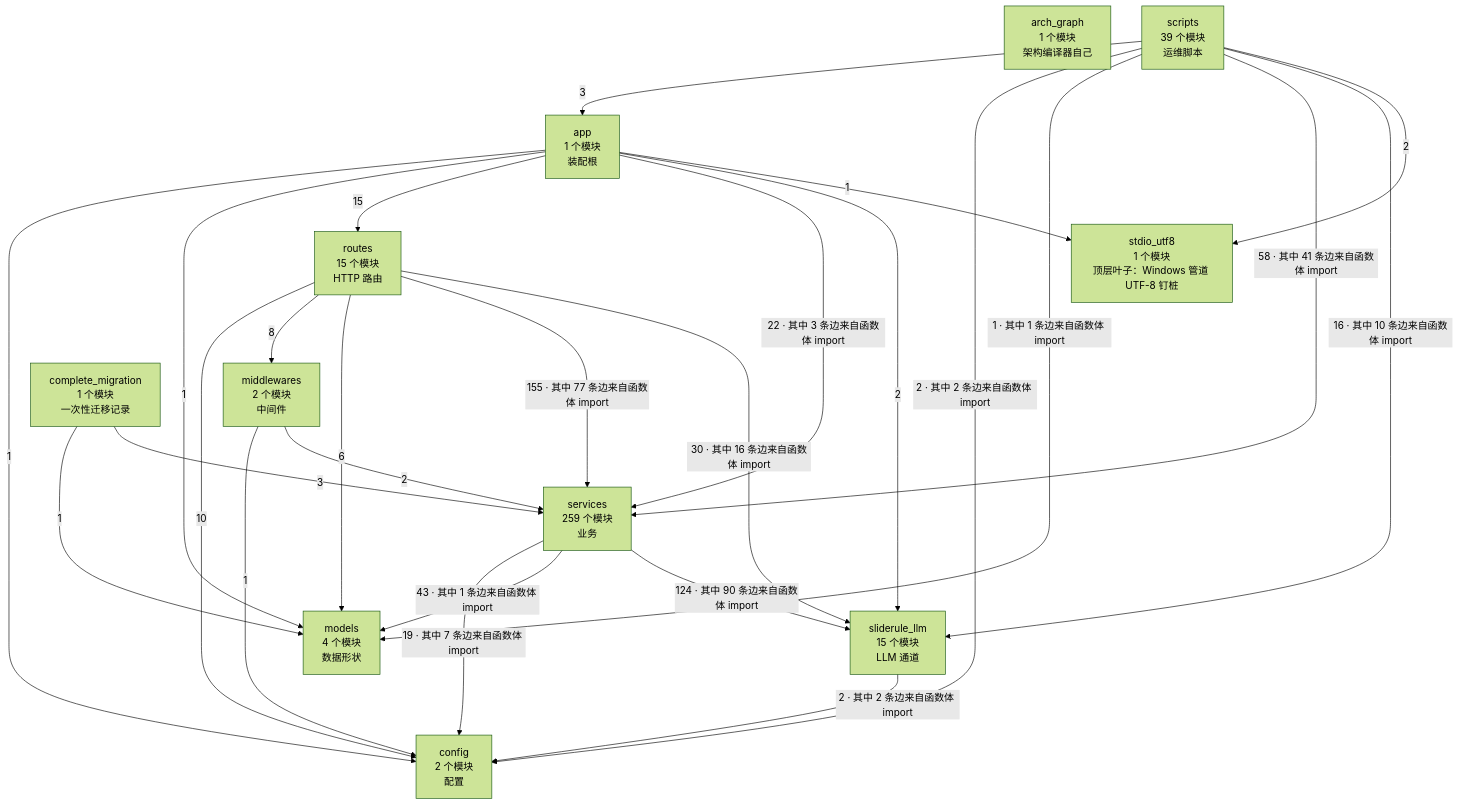
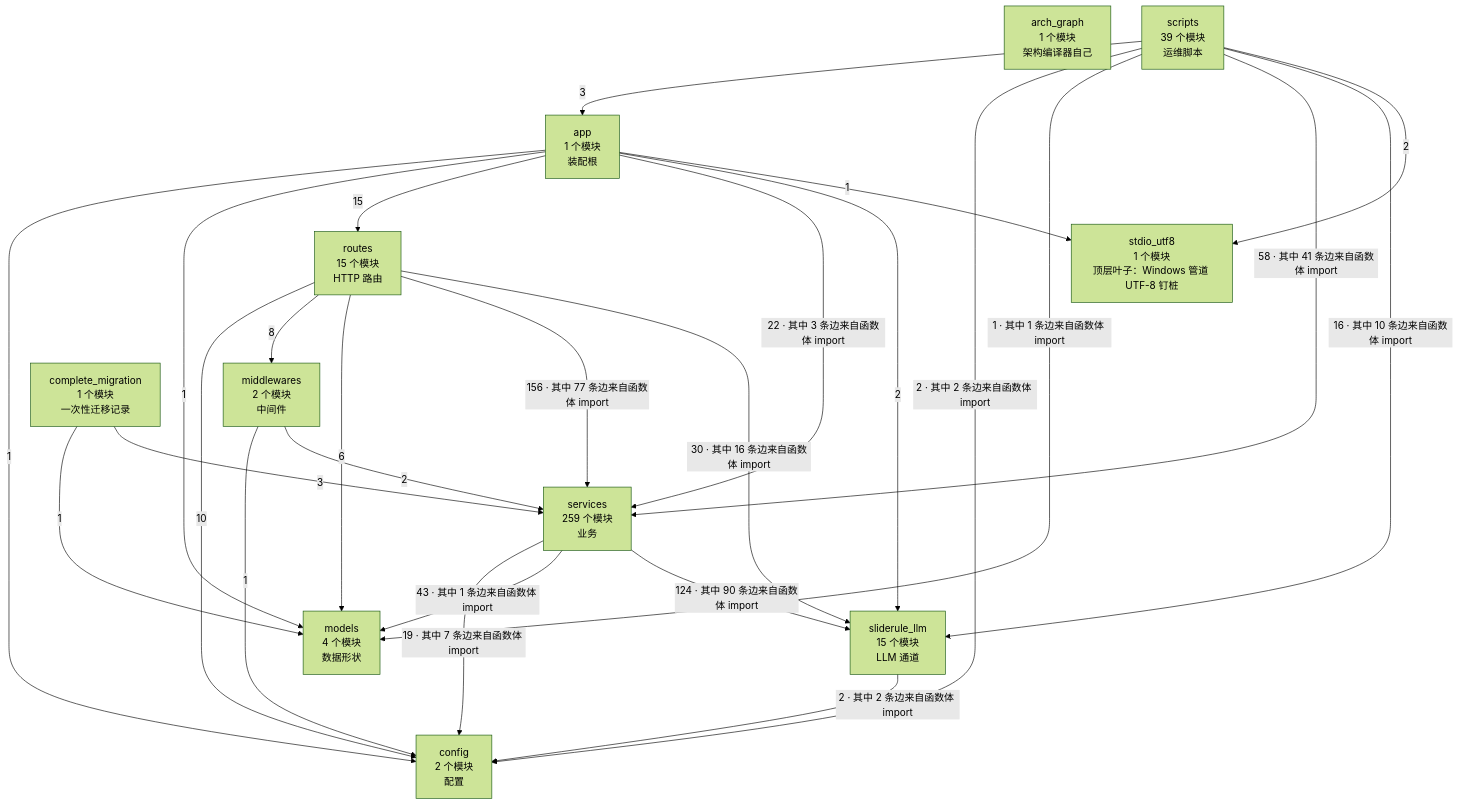
Before and after one commit to 2686521696/WhyBuddy: the second of 4 diagrams in docs/SlideRule V6.2 架构图（自动生成）.md, drawn with Mermaid (forest theme). The commit also changed other lines of this file and 4 other files, not shown here.

````diff
--- a/docs/SlideRule V6.2 架构图（自动生成）.md
+++ b/docs/SlideRule V6.2 架构图（自动生成）.md
@@ -62,39 +62,39 @@
 ```mermaid
 flowchart TB
   arch_graph["arch_graph<br/>1 个模块<br/>架构编译器自己"]
   config["config<br/>2 个模块<br/>配置"]
   models["models<br/>4 个模块<br/>数据形状"]
   stdio_utf8["stdio_utf8<br/>1 个模块<br/>顶层叶子：Windows 管道 UTF-8 钉桩"]
   sliderule_llm["sliderule_llm<br/>15 个模块<br/>LLM 通道"]
   middlewares["middlewares<br/>2 个模块<br/>中间件"]
   services["services<br/>259 个模块<br/>业务"]
   routes["routes<br/>15 个模块<br/>HTTP 路由"]
   app["app<br/>1 个模块<br/>装配根"]
   complete_migration["complete_migration<br/>1 个模块<br/>一次性迁移记录"]
   scripts["scripts<br/>39 个模块<br/>运维脚本"]
   app -->|1| config
   app -->|1| models
   app -->|15| routes
   app -->|22 · 其中 3 条边来自函数体 import| services
   app -->|2| sliderule_llm
   app -->|1| stdio_utf8
   complete_migration -->|1| models
   complete_migration -->|3| services
   middlewares -->|1| config
   middlewares -->|2| services
   routes -->|10| config
   routes -->|8| middlewares
   routes -->|6| models
-  routes -->|155 · 其中 77 条边来自函数体 import| services
+  routes -->|156 · 其中 77 条边来自函数体 import| services
   routes -->|30 · 其中 16 条边来自函数体 import| sliderule_llm
   scripts -->|3| app
   scripts -->|2 · 其中 2 条边来自函数体 import| config
   scripts -->|1 · 其中 1 条边来自函数体 import| models
   scripts -->|58 · 其中 41 条边来自函数体 import| services
   scripts -->|16 · 其中 10 条边来自函数体 import| sliderule_llm
   scripts -->|2| stdio_utf8
   services -->|19 · 其中 7 条边来自函数体 import| config
   services -->|43 · 其中 1 条边来自函数体 import| models
   services -->|124 · 其中 90 条边来自函数体 import| sliderule_llm
   sliderule_llm -->|2 · 其中 2 条边来自函数体 import| config
 ```
````
